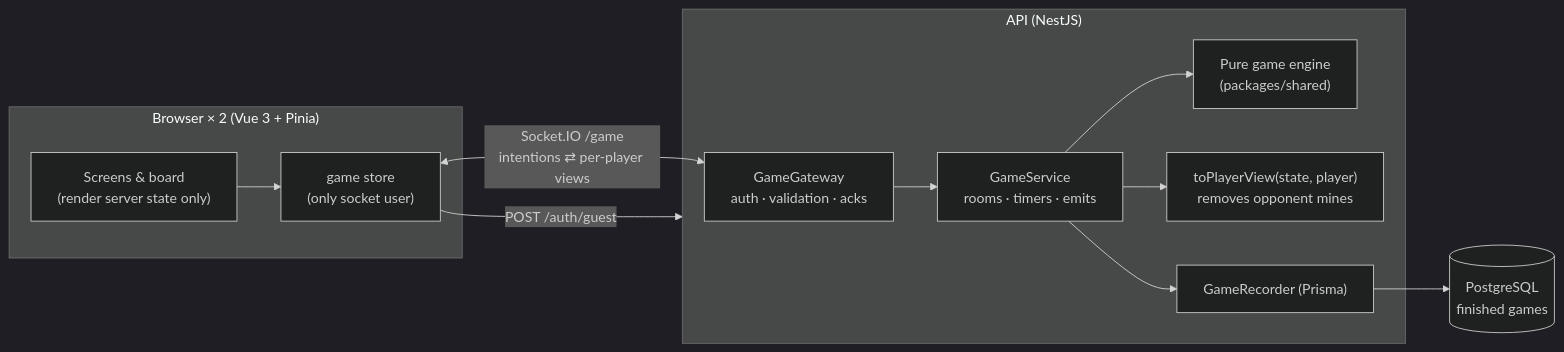
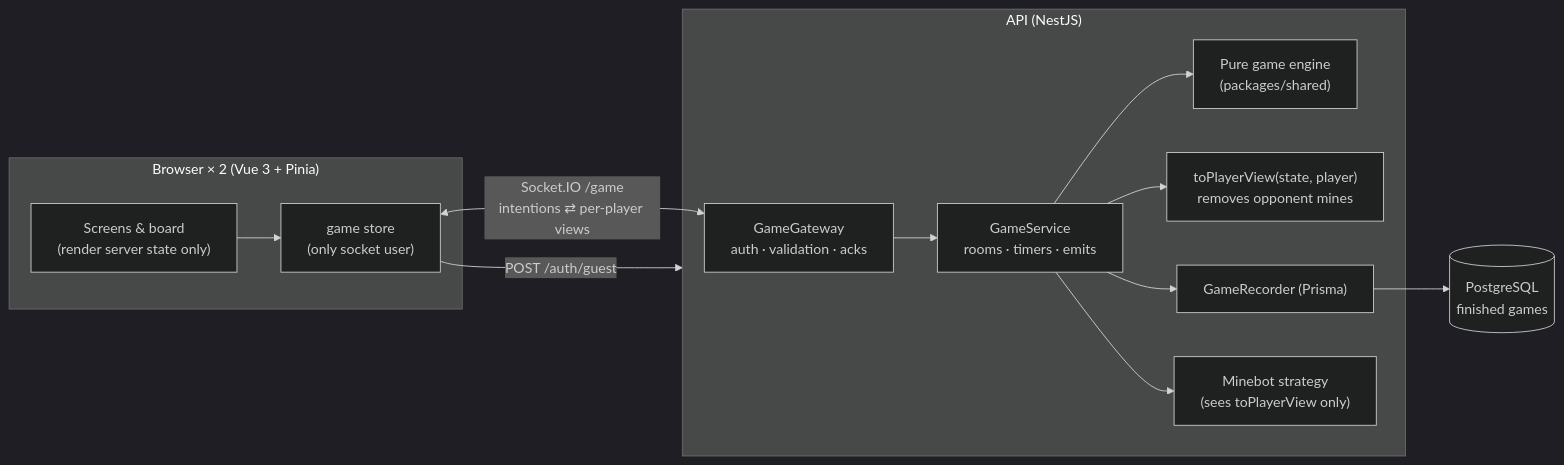
One commit to ghofrane-soulmi/MineFall changed the diagram in README.md. Above: the diagram before and after it, drawn with Mermaid (dark theme). The commit also changed other lines of this file and 24 other files, not shown here.

````diff
--- a/README.md
+++ b/README.md
@@ -36,17 +40,18 @@
 ```mermaid
 flowchart LR
   subgraph Browser["Browser × 2 (Vue 3 + Pinia)"]
     UI["Screens & board<br/>(render server state only)"] --> Store["game store<br/>(only socket user)"]
   end
 
   subgraph Server["API (NestJS)"]
     Gateway["GameGateway<br/>auth · validation · acks"] --> Service["GameService<br/>rooms · timers · emits"]
     Service --> Engine["Pure game engine<br/>(packages/shared)"]
     Service --> View["toPlayerView(state, player)<br/>removes opponent mines"]
     Service --> Recorder["GameRecorder (Prisma)"]
+    Service --> Bot["Minebot strategy<br/>(sees toPlayerView only)"]
   end
 
   Store <-- "Socket.IO /game<br/>intentions ⇄ per-player views" --> Gateway
   Store -- "POST /auth/guest" --> Server
   Recorder --> DB[("PostgreSQL<br/>finished games")]
 ```
````
